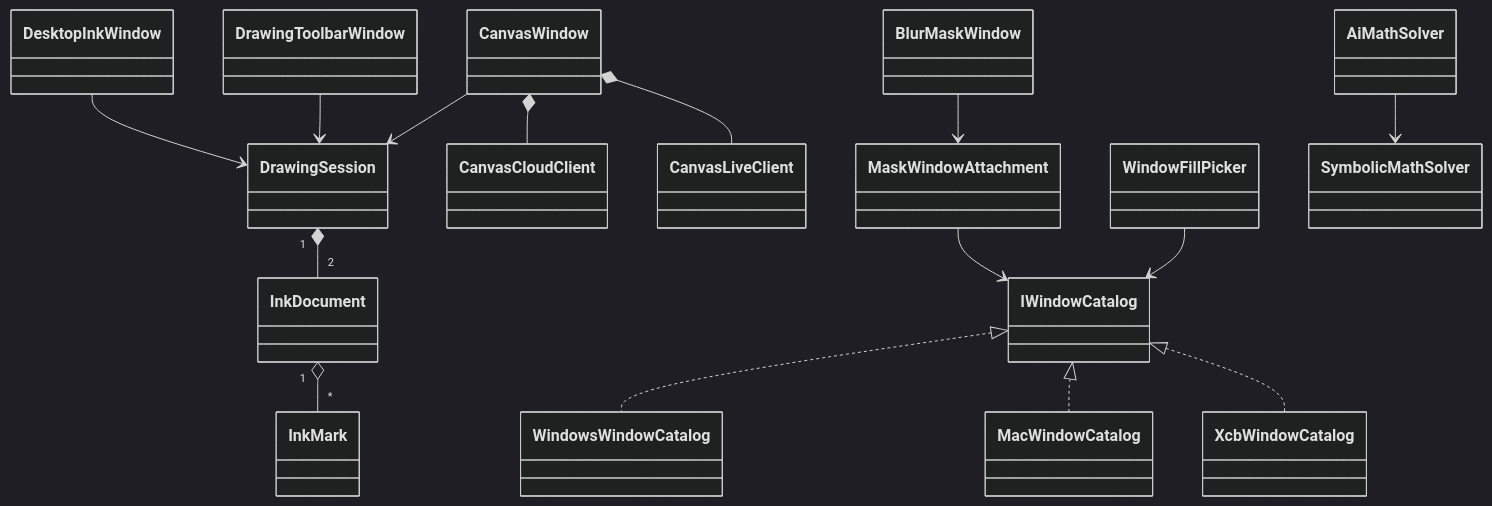
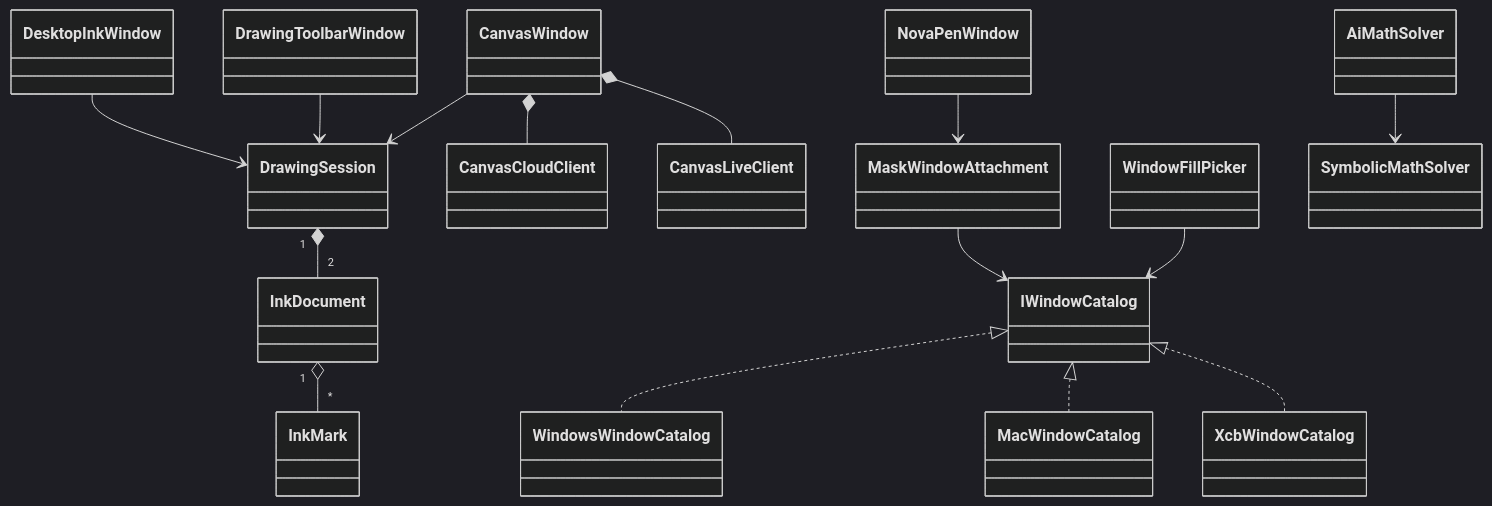
Before and after one commit to Xekep/BlurMask: the second of 2 diagrams in docs/engineering/architecture.md, drawn with Mermaid (dark theme). The commit also changed other lines of this file and 297 other files, not shown here.

Commit message:
Rename application to NovaPen and correct mask target tracking

````diff
--- a/docs/engineering/architecture.md
+++ b/docs/engineering/architecture.md
@@ -47,17 +47,17 @@
 ```mermaid
 classDiagram
     DrawingSession "1" *-- "2" InkDocument
     InkDocument "1" o-- "*" InkMark
     DesktopInkWindow --> DrawingSession
     DrawingToolbarWindow --> DrawingSession
     CanvasWindow --> DrawingSession
     CanvasWindow *-- CanvasCloudClient
     CanvasWindow *-- CanvasLiveClient
-    BlurMaskWindow --> MaskWindowAttachment
+    NovaPenWindow --> MaskWindowAttachment
     MaskWindowAttachment --> IWindowCatalog
     WindowFillPicker --> IWindowCatalog
     IWindowCatalog <|.. WindowsWindowCatalog
     IWindowCatalog <|.. MacWindowCatalog
     IWindowCatalog <|.. XcbWindowCatalog
     AiMathSolver --> SymbolicMathSolver
 ```
````
